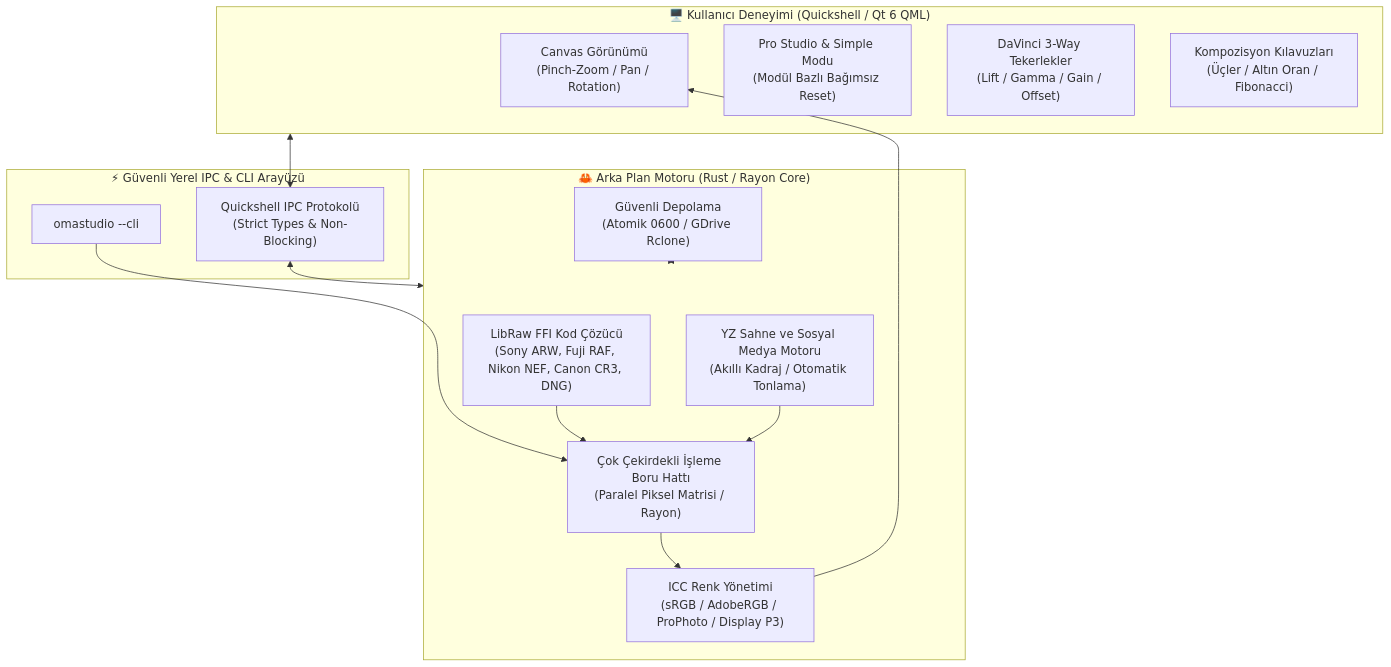
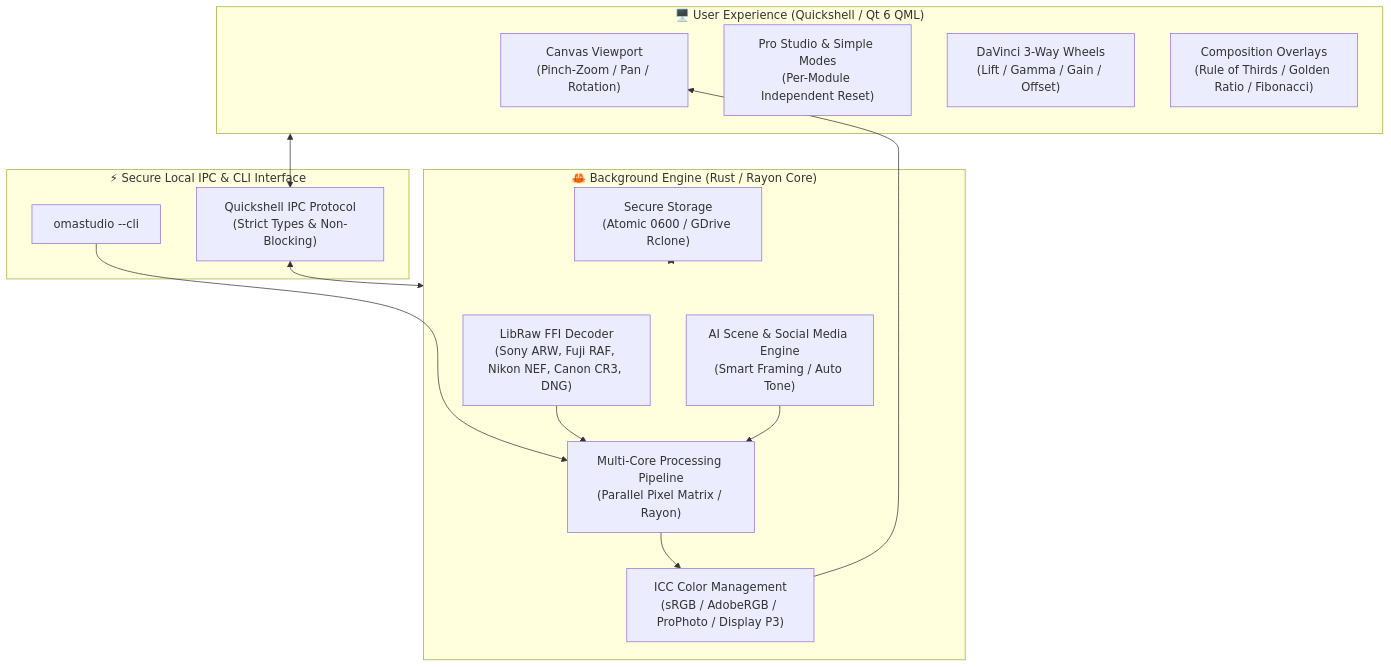
One commit to mickes66/omarchy-omastudio changed the first of 2 diagrams in README.md. Above: the diagram before and after it, drawn with Mermaid. The commit also changed other lines of this file and 1 other file, not shown here.

````diff
--- a/README.md
+++ b/README.md
@@ -21,31 +23,31 @@
 ```mermaid
 graph TD
-    subgraph UI ["🖥️ Kullanıcı Deneyimi (Quickshell / Qt 6 QML)"]
-        Viewport["Canvas Görünümü<br/>(Pinch-Zoom / Pan / Rotation)"]
-        Inspector["Pro Studio & Simple Modu<br/>(Modül Bazlı Bağımsız Reset)"]
-        Wheels["DaVinci 3-Way Tekerlekler<br/>(Lift / Gamma / Gain / Offset)"]
-        CropTool["Kompozisyon Kılavuzları<br/>(Üçler / Altın Oran / Fibonacci)"]
+    subgraph UI ["🖥️ User Experience (Quickshell / Qt 6 QML)"]
+        Viewport["Canvas Viewport<br/>(Pinch-Zoom / Pan / Rotation)"]
+        Inspector["Pro Studio & Simple Modes<br/>(Per-Module Independent Reset)"]
+        Wheels["DaVinci 3-Way Wheels<br/>(Lift / Gamma / Gain / Offset)"]
+        CropTool["Composition Overlays<br/>(Rule of Thirds / Golden Ratio / Fibonacci)"]
     end
 
-    subgraph IPC ["⚡ Güvenli Yerel IPC & CLI Arayüzü"]
+    subgraph IPC ["⚡ Secure Local IPC & CLI Interface"]
         CLI["omastudio --cli"]
-        Sock["Quickshell IPC Protokolü<br/>(Strict Types & Non-Blocking)"]
+        Sock["Quickshell IPC Protocol<br/>(Strict Types & Non-Blocking)"]
     end
 
-    subgraph Engine ["🦀 Arka Plan Motoru (Rust / Rayon Core)"]
-        Decoders["LibRaw FFI Kod Çözücü<br/>(Sony ARW, Fuji RAF, Nikon NEF, Canon CR3, DNG)"]
-        Pipeline["Çok Çekirdekli İşleme Boru Hattı<br/>(Paralel Piksel Matrisi / Rayon)"]
-        ColorEngine["ICC Renk Yönetimi<br/>(sRGB / AdobeRGB / ProPhoto / Display P3)"]
-        AIEngine["YZ Sahne ve Sosyal Medya Motoru<br/>(Akıllı Kadraj / Otomatik Tonlama)"]
-        Storage["Güvenli Depolama<br/>(Atomik 0600 / GDrive Rclone)"]
+    subgraph Engine ["🦀 Background Engine (Rust / Rayon Core)"]
+        Decoders["LibRaw FFI Decoder<br/>(Sony ARW, Fuji RAF, Nikon NEF, Canon CR3, DNG)"]
+        Pipeline["Multi-Core Processing Pipeline<br/>(Parallel Pixel Matrix / Rayon)"]
+        ColorEngine["ICC Color Management<br/>(sRGB / AdobeRGB / ProPhoto / Display P3)"]
+        AIEngine["AI Scene & Social Media Engine<br/>(Smart Framing / Auto Tone)"]
+        Storage["Secure Storage<br/>(Atomic 0600 / GDrive Rclone)"]
     end
 
     UI <--> Sock
     CLI --> Pipeline
     Sock <--> Engine
     Decoders --> Pipeline
     Pipeline --> ColorEngine
     ColorEngine --> Viewport
     AIEngine --> Pipeline
     Storage <--> Engine
 ```
````
